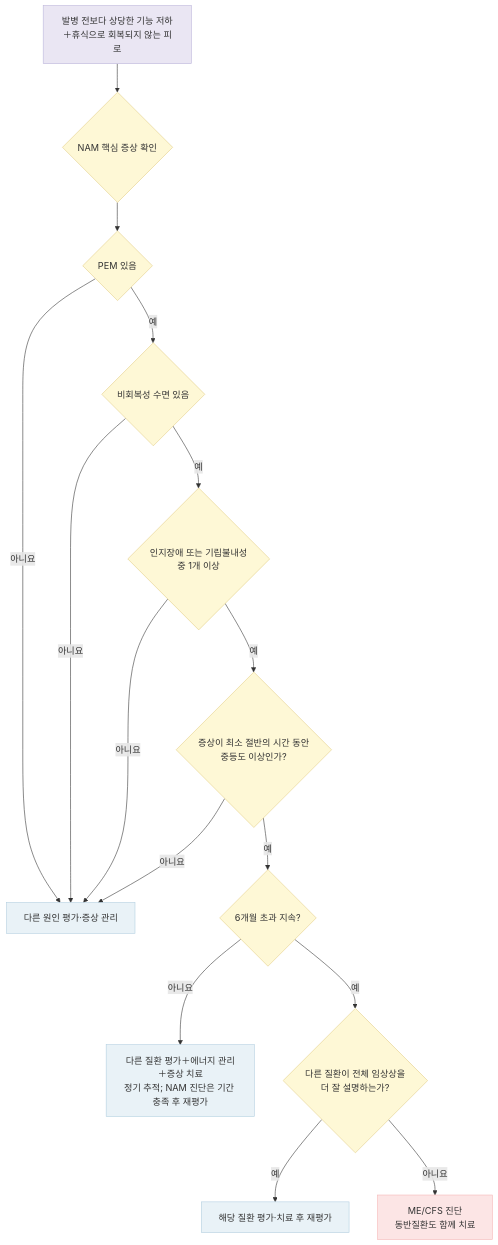
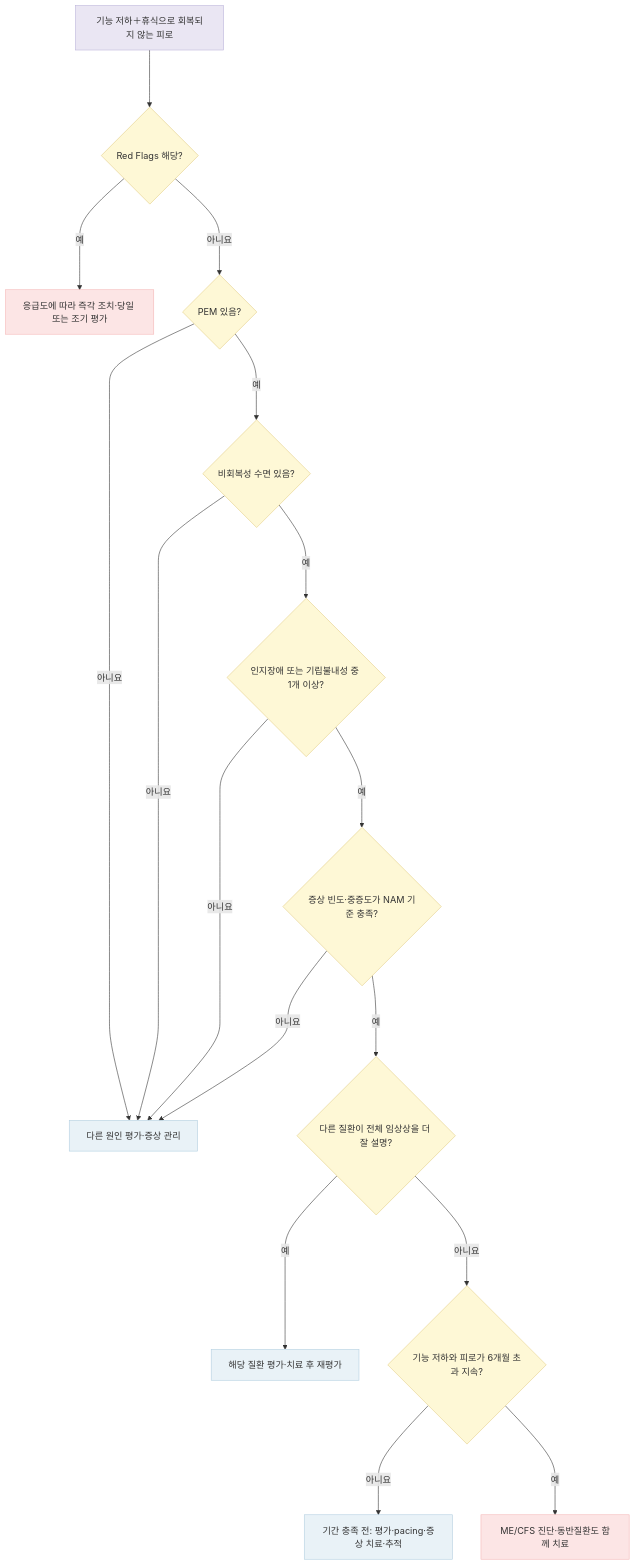
One commit to familyoh77/familyoh77 changed the diagram in 230_/194_-cfs.md. Above: the diagram before and after it, drawn with Mermaid. The commit also changed other lines of this file and 11 other files, not shown here.

````diff
--- a/230_/194_-cfs.md
+++ b/230_/194_-cfs.md
@@ -177,27 +181,28 @@
 ```mermaid
 flowchart TD
-    A["발병 전보다 상당한 기능 저하＋휴식으로 회복되지 않는 피로"] --> B{"NAM 핵심 증상 확인"}
-    B --> C{"PEM 있음"}
-    C -- "아니요" --> X["다른 원인 평가·증상 관리"]
-    C -- "예" --> D{"비회복성 수면 있음"}
-    D -- "아니요" --> X
-    D -- "예" --> E{"인지장애 또는 기립불내성<br/>중 1개 이상"}
-    E -- "아니요" --> X
-    E -- "예" --> F{"증상이 최소 절반의 시간 동안<br/>중등도 이상인가?"}
-    F -- "아니요" --> X
-    F -- "예" --> G{"6개월 초과 지속?"}
-    G -- "아니요" --> H["다른 질환 평가＋에너지 관리＋증상 치료<br/>정기 추적; NAM 진단은 기간 충족 후 재평가"]
-    G -- "예" --> I{"다른 질환이 전체 임상상을<br/>더 잘 설명하는가?"}
-    I -- "예" --> J["해당 질환 평가·치료 후 재평가"]
-    I -- "아니요" --> K["ME/CFS 진단<br/>동반질환도 함께 치료"]
+    A["기능 저하＋휴식으로 회복되지 않는 피로"] ---> R{"Red Flags 해당?"}
+    R -- "예" ---> U["응급도에 따라 즉각 조치·당일 또는 조기 평가"]
+    R -- "아니요" ---> C{"PEM 있음?"}
+    C -- "아니요" ---> X["다른 원인 평가·증상 관리"]
+    C -- "예" ---> D{"비회복성 수면 있음?"}
+    D -- "아니요" ---> X
+    D -- "예" ---> E{"인지장애 또는 기립불내성 중 1개 이상?"}
+    E -- "아니요" ---> X
+    E -- "예" ---> F{"증상 빈도·중증도가 NAM 기준 충족?"}
+    F -- "아니요" ---> X
+    F -- "예" ---> I{"다른 질환이 전체 임상상을 더 잘 설명?"}
+    I -- "예" ---> J["해당 질환 평가·치료 후 재평가"]
+    I -- "아니요" ---> G{"기능 저하와 피로가 6개월 초과 지속?"}
+    G -- "아니요" ---> H["기간 충족 전: 평가·pacing·증상 치료·추적"]
+    G -- "예" ---> K["ME/CFS 진단·동반질환도 함께 치료"]
 
     classDef startNode fill:#EAE6F3,stroke:#BCB5DA,stroke-width:1px;
     classDef yellowNode fill:#FEF8D6,stroke:#E3CE85,stroke-width:1px;
     classDef blueNode fill:#E9F2F7,stroke:#B2CFE0,stroke-width:1px;
     classDef pinkNode fill:#FCE5E5,stroke:#F4B6B6,stroke-width:1px;
 
     class A startNode;
-    class B,C,D,E,F,G,I yellowNode;
+    class R,C,D,E,F,G,I yellowNode;
     class X,H,J blueNode;
-    class K pinkNode;
+    class U,K pinkNode;
 ```
````
